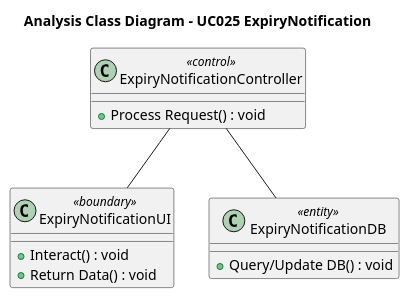
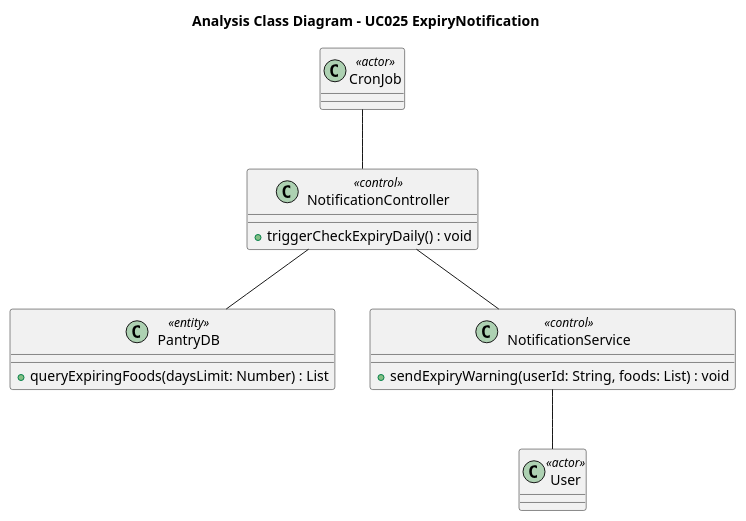
The diagram in diagrams/Module_4_Pantry/UC025_Gửi_thông_báo_nhắc_nhở_thực_phẩm_sắp_hết_hạn_Analysis.puml (Alt2210/NaviMart), drawn with PlantUML before and after one commit. The commit also changed 63 other files, not shown here.

```diff
--- a/diagrams/Module_4_Pantry/UC025_Gửi_thông_báo_nhắc_nhở_thực_phẩm_sắp_hết_hạn_Analysis.puml
+++ b/diagrams/Module_4_Pantry/UC025_Gửi_thông_báo_nhắc_nhở_thực_phẩm_sắp_hết_hạn_Analysis.puml
@@ -1,17 +1,20 @@
 @startuml
 title Analysis Class Diagram - UC025 ExpiryNotification
 
-class "ExpiryNotificationUI" as UI <<boundary>> {
-  + Interact() : void
-  + Return Data() : void
+class "CronJob" as Cron <<actor>>
+class "NotificationController" as Controller <<control>> {
+  + triggerCheckExpiryDaily() : void
 }
-class "ExpiryNotificationController" as Controller <<control>> {
-  + Process Request() : void
+class "PantryDB" as DB <<entity>> {
+  + queryExpiringFoods(daysLimit: Number) : List
 }
-class "ExpiryNotificationDB" as Entity <<entity>> {
-  + Query/Update DB() : void
+class "NotificationService" as NotifService <<control>> {
+  + sendExpiryWarning(userId: String, foods: List) : void
 }
+class "User" as Actor <<actor>>
 
-Controller -- UI
-Controller -- Entity
+Cron -- Controller
+Controller -- DB
+Controller -- NotifService
+NotifService -- Actor
 @enduml
```
